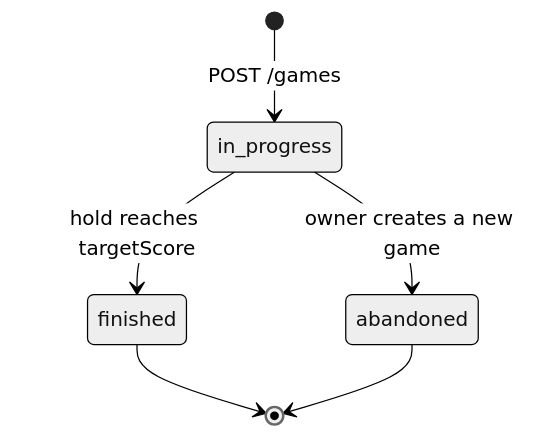
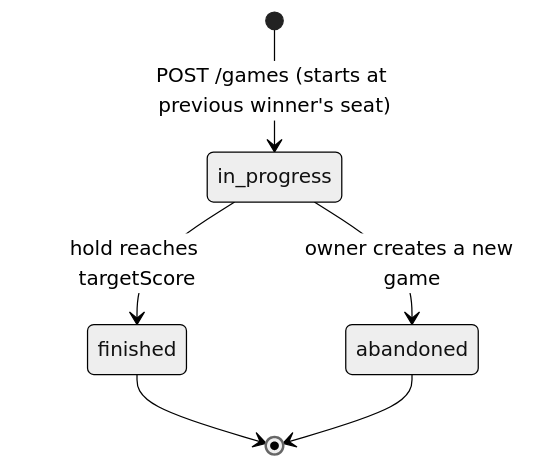
The sixth of 6 diagrams in docs/specs/PLAN-spec.md (orassayag/dices-game), drawn with Mermaid (neutral theme) before and after one commit. The commit also changed other lines of this file, not shown here.

Commit message:
docs(spec): update PLAN spec to as-built (leaderboard, seat names, starting seat)

````diff
--- a/docs/specs/PLAN-spec.md
+++ b/docs/specs/PLAN-spec.md
@@ -276,8 +325,8 @@
 ```mermaid
 stateDiagram-v2
-    [*] --> in_progress: POST /games
+    [*] --> in_progress: POST /games (starts at previous winner's seat)
     in_progress --> finished: hold reaches targetScore
     in_progress --> abandoned: owner creates a new game
     finished --> [*]
     abandoned --> [*]
 ```
````
